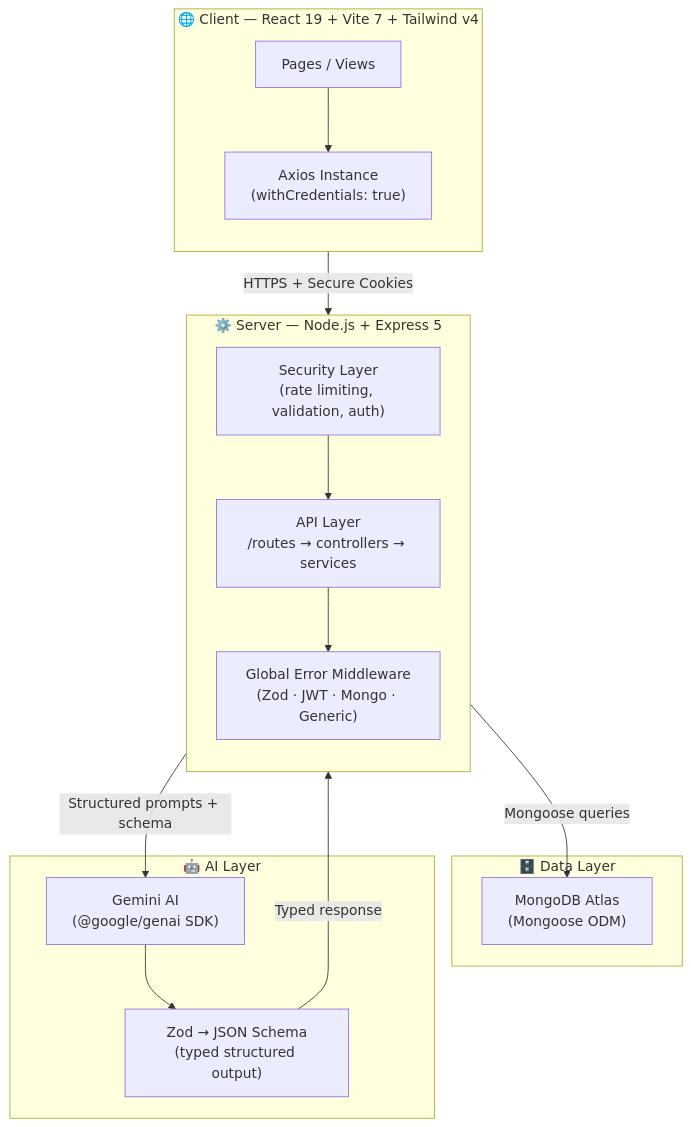
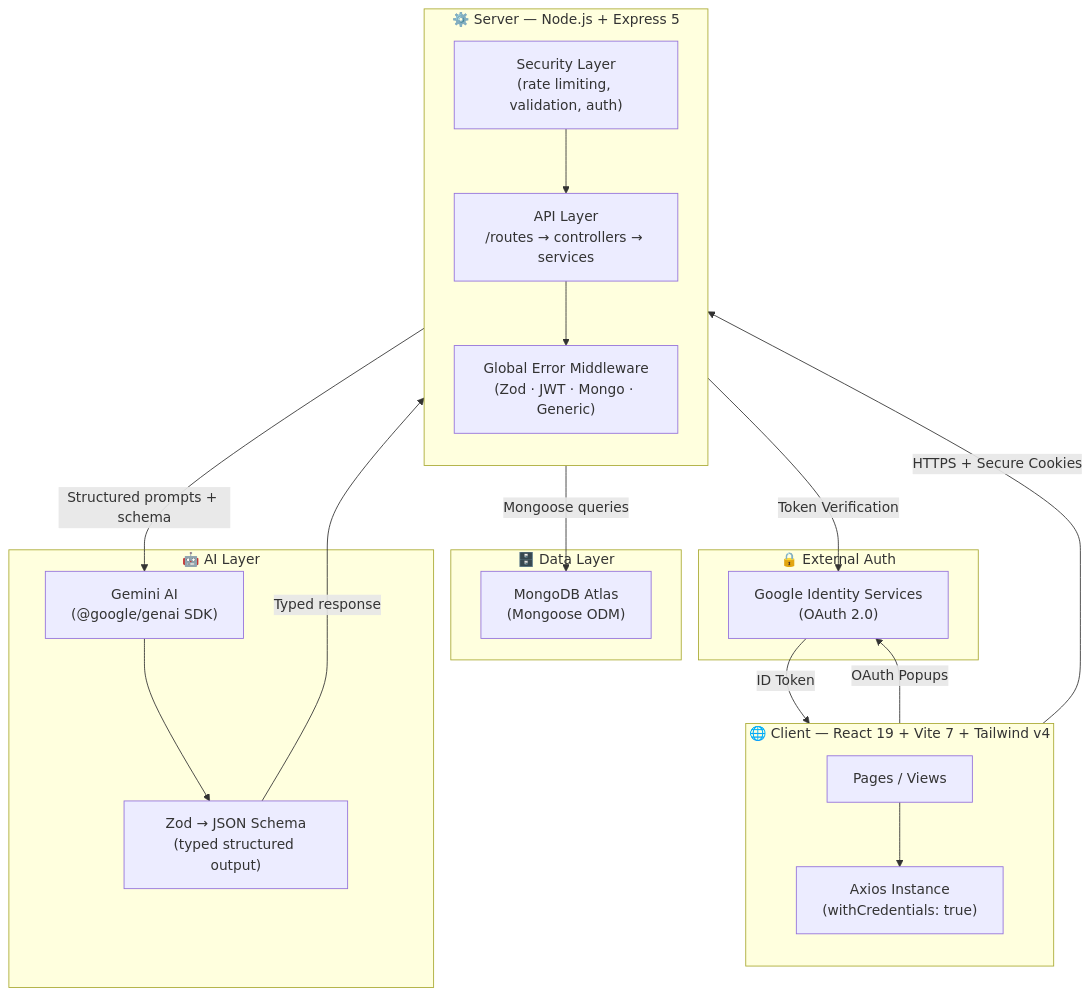
One commit to SahilSameer18/prepstack changed the first of 4 diagrams in README.md. Above: the diagram before and after it, drawn with Mermaid. The commit also changed other lines of this file, not shown here.

````diff
--- a/README.md
+++ b/README.md
@@ -102,33 +103,40 @@
 ```mermaid
 graph TB
     subgraph Client ["🌐 Client — React 19 + Vite 7 + Tailwind v4"]
         direction TB
         Pages["Pages / Views"]
         Axios["Axios Instance\n(withCredentials: true)"]
         Pages --> Axios
     end
 
     subgraph Server ["⚙️ Server — Node.js + Express 5"]
         direction TB
         Security["Security Layer\n(rate limiting, validation, auth)"]
         API["API Layer\n/routes → controllers → services"]
         Error["Global Error Middleware\n(Zod · JWT · Mongo · Generic)"]
         Security --> API
         API --> Error
     end
 
+    subgraph Auth ["🔒 External Auth"]
+        GoogleOAuth["Google Identity Services\n(OAuth 2.0)"]
+    end
+
     subgraph Data ["🗄️ Data Layer"]
         MongoDB["MongoDB Atlas\n(Mongoose ODM)"]
     end
 
     subgraph AI ["🤖 AI Layer"]
         Gemini["Gemini AI\n(@google/genai SDK)"]
         Schema["Zod → JSON Schema\n(typed structured output)"]
         Gemini --> Schema
     end
 
+    Client -- "OAuth Popups" --> GoogleOAuth
+    GoogleOAuth -- "ID Token" --> Client
     Axios -- "HTTPS + Secure Cookies" --> Server
+    API -- "Token Verification" --> GoogleOAuth
     API -- "Mongoose queries" --> MongoDB
     API -- "Structured prompts + schema" --> Gemini
     Schema -- "Typed response" --> API
 ```
````
